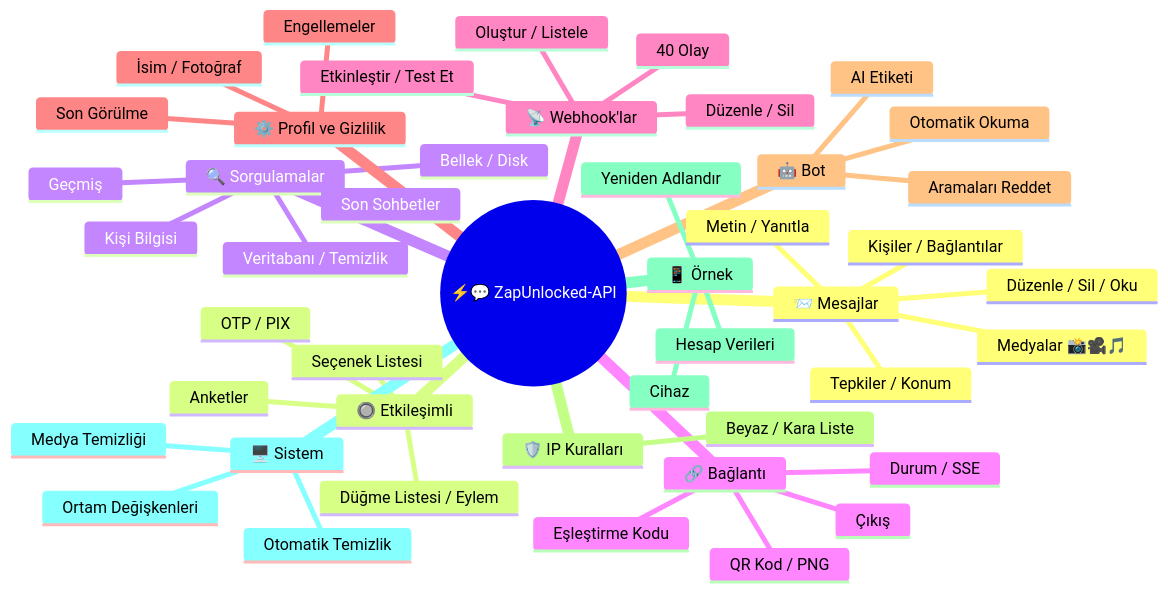
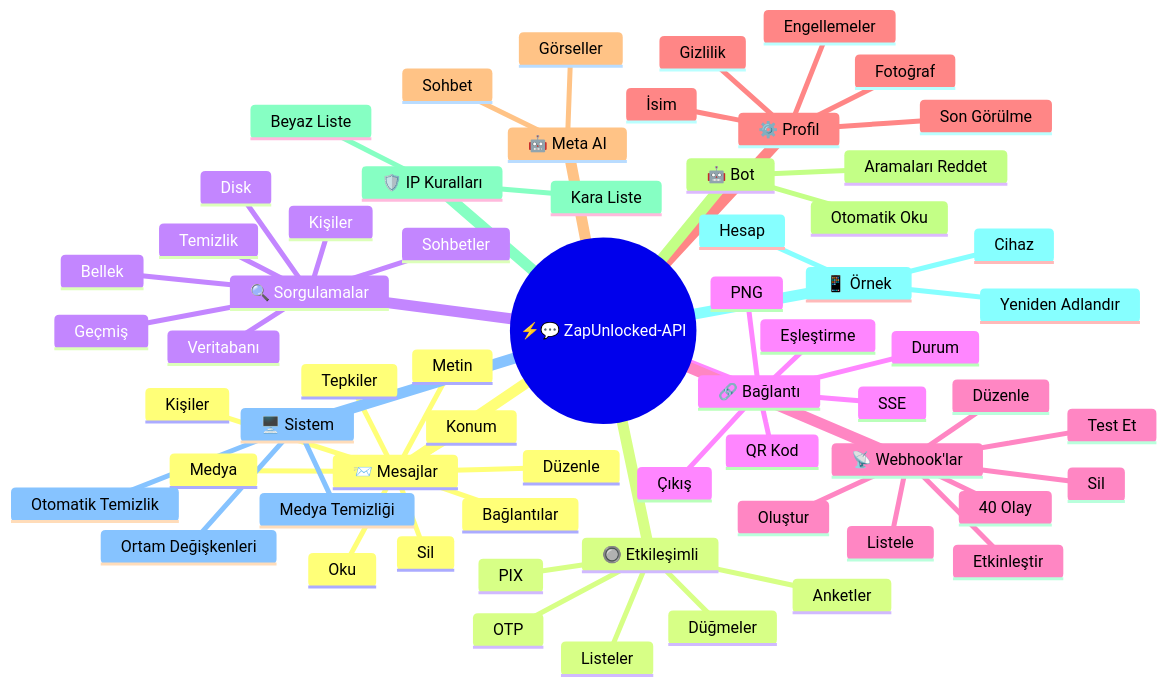
One commit to kauafpssx/ZapUnlocked-API changed the first of 2 diagrams in docs/translations/tr.md. Above: the diagram before and after it, drawn with Mermaid. The commit also changed other lines of this file and 12 other files, not shown here.

````diff
--- a/docs/translations/tr.md
+++ b/docs/translations/tr.md
@@ -55,49 +56,75 @@
 ```mermaid
 mindmap
   root((⚡💬 ZapUnlocked-API))
     📨 Mesajlar
-      Metin / Yanıtla
-      Medyalar 📸🎥🎵
-      Tepkiler / Konum
-      Kişiler / Bağlantılar
-      Düzenle / Sil / Oku
+      Metin
+      Medya
+      Tepkiler
+      Konum
+      Kişiler
+      Bağlantılar
+      Düzenle
+      Sil
+      Oku
+
     🔘 Etkileşimli
-      Düğme Listesi / Eylem
-      OTP / PIX
-      Seçenek Listesi
+      Düğmeler
+      Listeler
+      OTP
+      PIX
       Anketler
+
     🔍 Sorgulamalar
-      Kişi Bilgisi
+      Kişiler
       Geçmiş
-      Son Sohbetler
-      Bellek / Disk
-      Veritabanı / Temizlik
+      Sohbetler
+      Bellek
+      Disk
+      Veritabanı
+      Temizlik
+
     🔗 Bağlantı
-      Durum / SSE
-      QR Kod / PNG
-      Eşleştirme Kodu
+      Durum
+      SSE
+      QR Kod
+      PNG
+      Eşleştirme
       Çıkış
+
     📡 Webhook'lar
-       Oluştur / Listele
-       Düzenle / Sil
-       Etkinleştir / Test Et
-       40 Olay
-    ⚙️ Profil ve Gizlilik
-      İsim / Fotoğraf
+      Oluştur
+      Listele
+      Düzenle
+      Sil
+      Etkinleştir
+      Test Et
+      40 Olay
+
+    ⚙️ Profil
+      İsim
+      Fotoğraf
+      Gizlilik
       Son Görülme
       Engellemeler
+
+    🤖 Meta AI
+      Sohbet
+      Görseller
     🤖 Bot
-      AI Etiketi
+      Otomatik Oku
       Aramaları Reddet
-      Otomatik Okuma
+
     🛡️ IP Kuralları
-      Beyaz / Kara Liste
+      Beyaz Liste
+      Kara Liste
+
     📱 Örnek
-      Hesap Verileri
+      Hesap
       Cihaz
       Yeniden Adlandır
+
     🖥️ Sistem
       Ortam Değişkenleri
       Medya Temizliği
       Otomatik Temizlik
 ```
````
